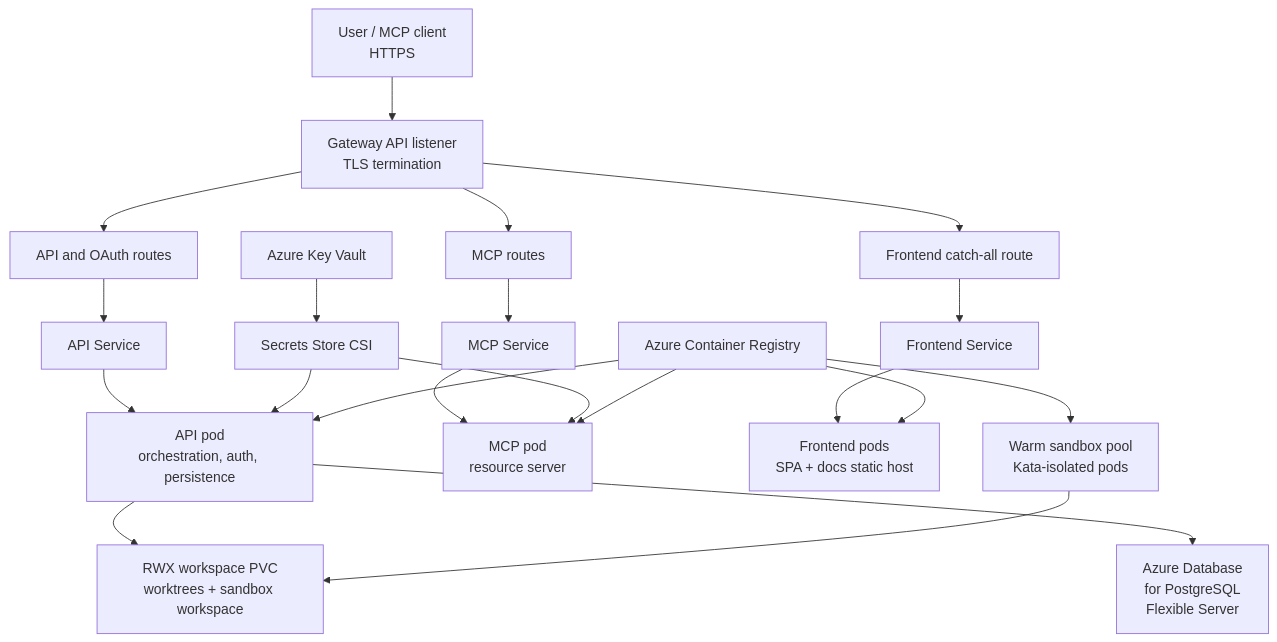
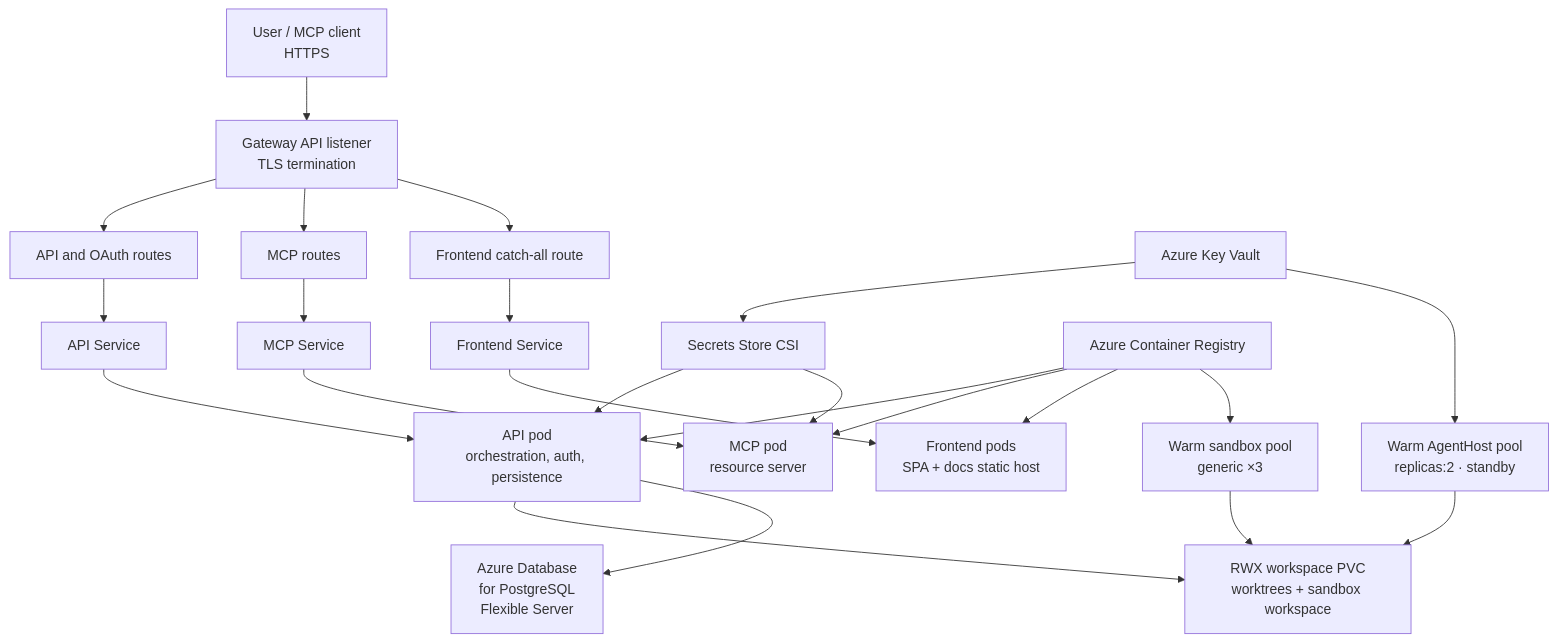
The first of 4 diagrams in docs/deep-dive/infra-deployment.md (sabbour/agentweaver), drawn with Mermaid before and after one commit. The commit also changed other lines of this file and 11 other files, not shown here.

First line of the commit message:
docs: warm pool architecture, auth deep-dive, sandbox reference updates

````diff
--- a/docs/deep-dive/infra-deployment.md
+++ b/docs/deep-dive/infra-deployment.md
@@ -21,29 +21,31 @@
 ```mermaid
 flowchart TD
   Client["User / MCP client<br/>HTTPS"] --> Gateway["Gateway API listener<br/>TLS termination"]
 
   Gateway --> ApiRoute["API and OAuth routes"]
   Gateway --> McpRoute["MCP routes"]
   Gateway --> FrontendRoute["Frontend catch-all route"]
 
   ApiRoute --> ApiSvc["API Service"]
   McpRoute --> McpSvc["MCP Service"]
   FrontendRoute --> FrontendSvc["Frontend Service"]
 
   ApiSvc --> ApiPod["API pod<br/>orchestration, auth, persistence"]
   McpSvc --> McpPod["MCP pod<br/>resource server"]
   FrontendSvc --> WebPods["Frontend pods<br/>SPA + docs static host"]
 
   ApiPod --> WorkspacePVC["RWX workspace PVC<br/>worktrees + sandbox workspace"]
   ApiPod --> Postgres["Azure Database<br/>for PostgreSQL<br/>Flexible Server"]
-  SandboxPool["Warm sandbox pool<br/>Kata-isolated pods"] --> WorkspacePVC
+  SandboxPool["Warm sandbox pool<br/>generic ×3"] --> WorkspacePVC
+  AgentHostPool["Warm AgentHost pool<br/>replicas:2 · standby"] --> WorkspacePVC
 
   KeyVault["Azure Key Vault"] --> CSI["Secrets Store CSI"]
   CSI --> ApiPod
   CSI --> McpPod
+  KeyVault --> AgentHostPool
 
   ACR["Azure Container Registry"] --> ApiPod
   ACR --> McpPod
   ACR --> WebPods
   ACR --> SandboxPool
 ```
````
